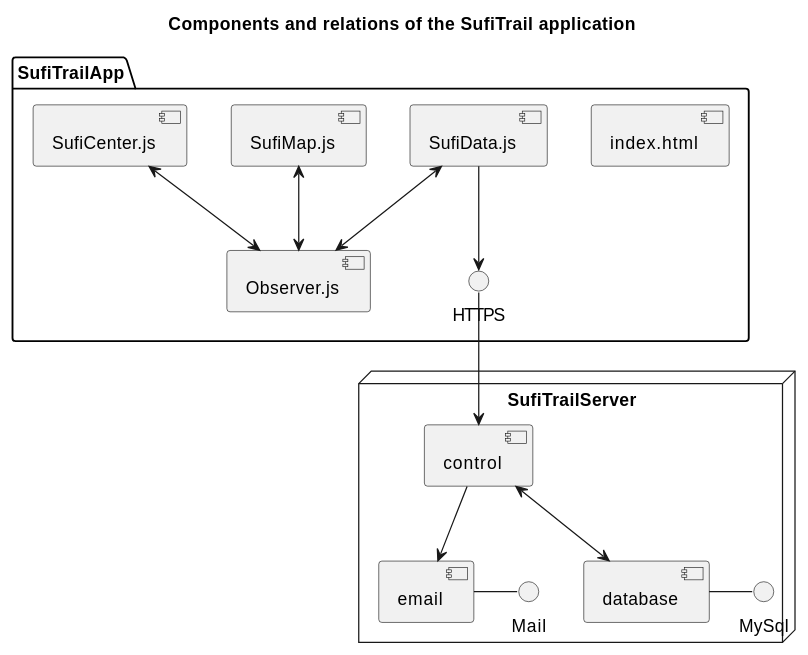
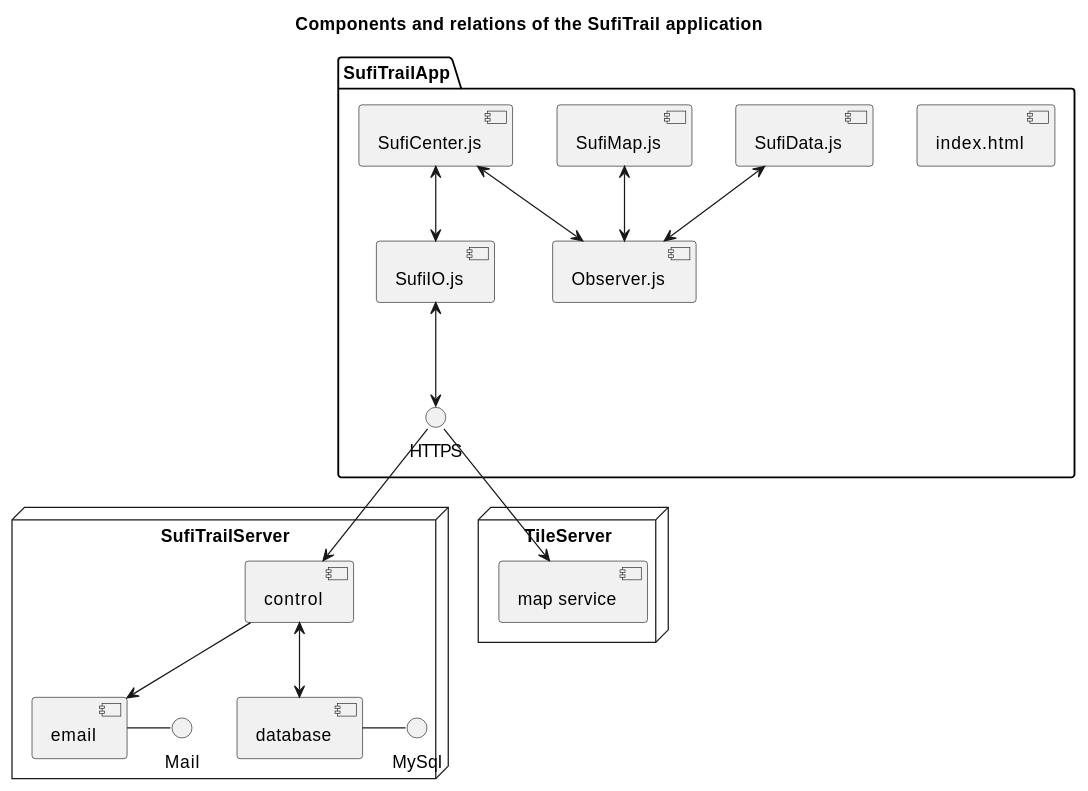
The second of 17 diagrams in Doc/Designer notes.md (MARTIMM/Sufitrail), drawn with PlantUML before and after one commit. The commit also changed other lines of this file, not shown here.

````diff
--- a/Doc/Designer notes.md
+++ b/Doc/Designer notes.md
@@ -72,23 +97,28 @@
 ```plantuml
 title Components and relations of the SufiTrail application
 package SufiTrailApp {
   [index.html]
-  [SufiData.js] --> HTTPS
+  [SufiIO.js] <--> HTTPS
+  [SufiData.js]
   [SufiMap.js]
   [SufiCenter.js]
   [Observer.js]
 }
 SufiData.js <--> Observer.js
 SufiMap.js <--> Observer.js
 SufiCenter.js <--> Observer.js
+SufiCenter.js <--> SufiIO.js
 
 node SufiTrailServer {
-  [index.html]
   HTTPS --> [control]
   [email] - Mail
   [database] - MySql
 }
 
+node TileServer {
+  HTTPS --> [map service]
+}
+
 control --> email
 control <--> database
 ```
````
